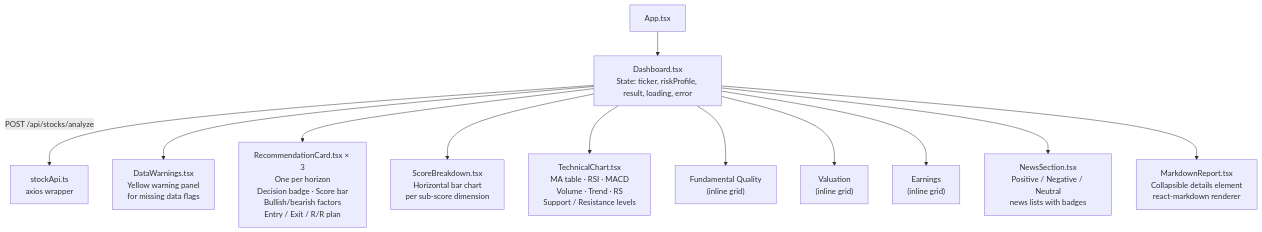
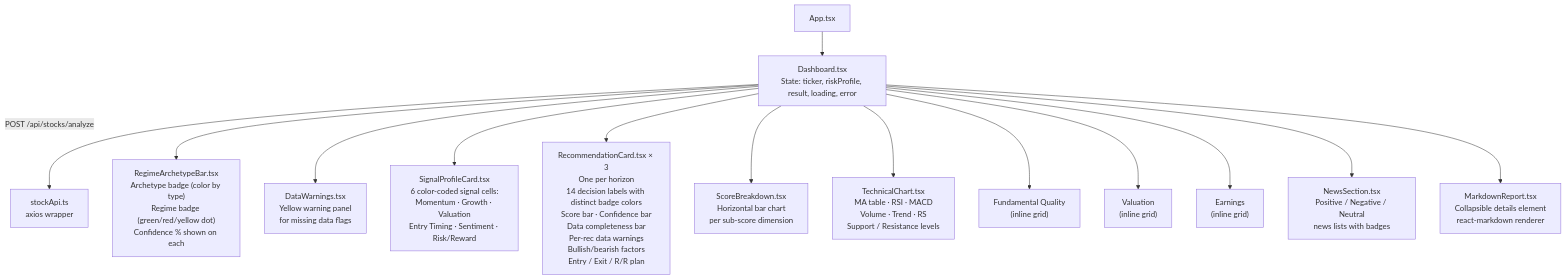
One commit to krutikpatel/stockBuyDecisioner1 changed the ninth of 15 diagrams in HLD.md. Above: the diagram before and after it, drawn with Mermaid. The commit also changed other lines of this file and 44 other files, not shown here.

````diff
--- a/HLD.md
+++ b/HLD.md
@@ -299,23 +394,27 @@
 ```mermaid
 flowchart TD
     App["App.tsx"]
     App --> Dash["Dashboard.tsx\nState: ticker, riskProfile, result, loading, error"]
 
     Dash -->|"POST /api/stocks/analyze"| API["stockApi.ts\naxios wrapper"]
 
+    Dash --> RAB["RegimeArchetypeBar.tsx\nArchetype badge (color by type)\nRegime badge (green/red/yellow dot)\nConfidence % shown on each"]
+
     Dash --> DW["DataWarnings.tsx\nYellow warning panel\nfor missing data flags"]
 
-    Dash --> RC["RecommendationCard.tsx × 3\nOne per horizon\nDecision badge · Score bar\nBullish/bearish factors\nEntry / Exit / R/R plan"]
+    Dash --> SPC["SignalProfileCard.tsx\n6 color-coded signal cells:\nMomentum · Growth · Valuation\nEntry Timing · Sentiment · Risk/Reward"]
+
+    Dash --> RC["RecommendationCard.tsx × 3\nOne per horizon\n14 decision labels with distinct badge colors\nScore bar · Confidence bar\nData completeness bar\nPer-rec data warnings\nBullish/bearish factors\nEntry / Exit / R/R plan"]
 
     Dash --> SB["ScoreBreakdown.tsx\nHorizontal bar chart\nper sub-score dimension"]
 
     Dash --> TCH["TechnicalChart.tsx\nMA table · RSI · MACD\nVolume · Trend · RS\nSupport / Resistance levels"]
 
     Dash --> Fund["Fundamental Quality\n(inline grid)"]
     Dash --> Val["Valuation\n(inline grid)"]
     Dash --> Earn["Earnings\n(inline grid)"]
 
     Dash --> NS["NewsSection.tsx\nPositive / Negative / Neutral\nnews lists with badges"]
 
     Dash --> MRP["MarkdownReport.tsx\nCollapsible details element\nreact-markdown renderer"]
 ```
````
